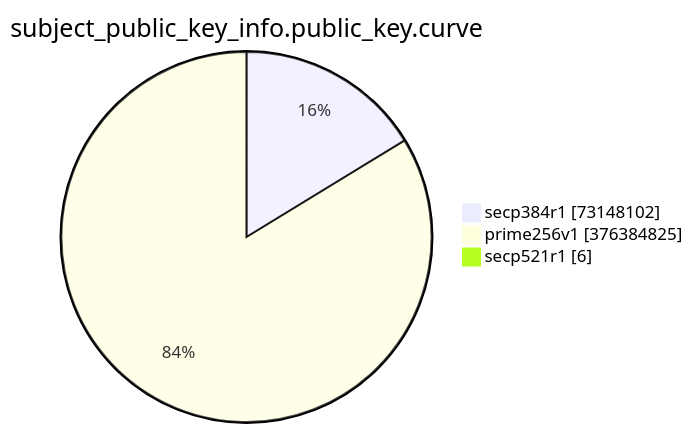
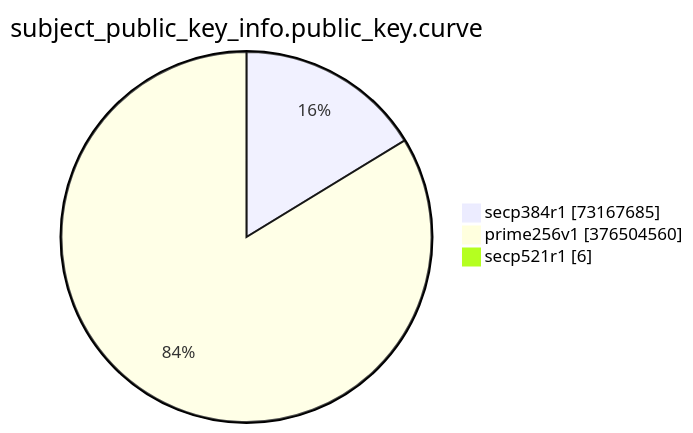
Before and after one commit to christiankrug/ctmonitor_visualization: the eighth of 15 diagrams in TOTAL/README.md, drawn with Mermaid. The commit also changed other lines of this file, not shown here.

````diff
--- a/TOTAL/README.md
+++ b/TOTAL/README.md
@@ -3094,7 +3094,7 @@
 ```mermaid
 pie showData
 title subject_public_key_info.public_key.curve
-"secp384r1" :73148102
-"prime256v1" :376384825
+"secp384r1" :73167685
+"prime256v1" :376504560
 "secp521r1" :6
 ```
````
